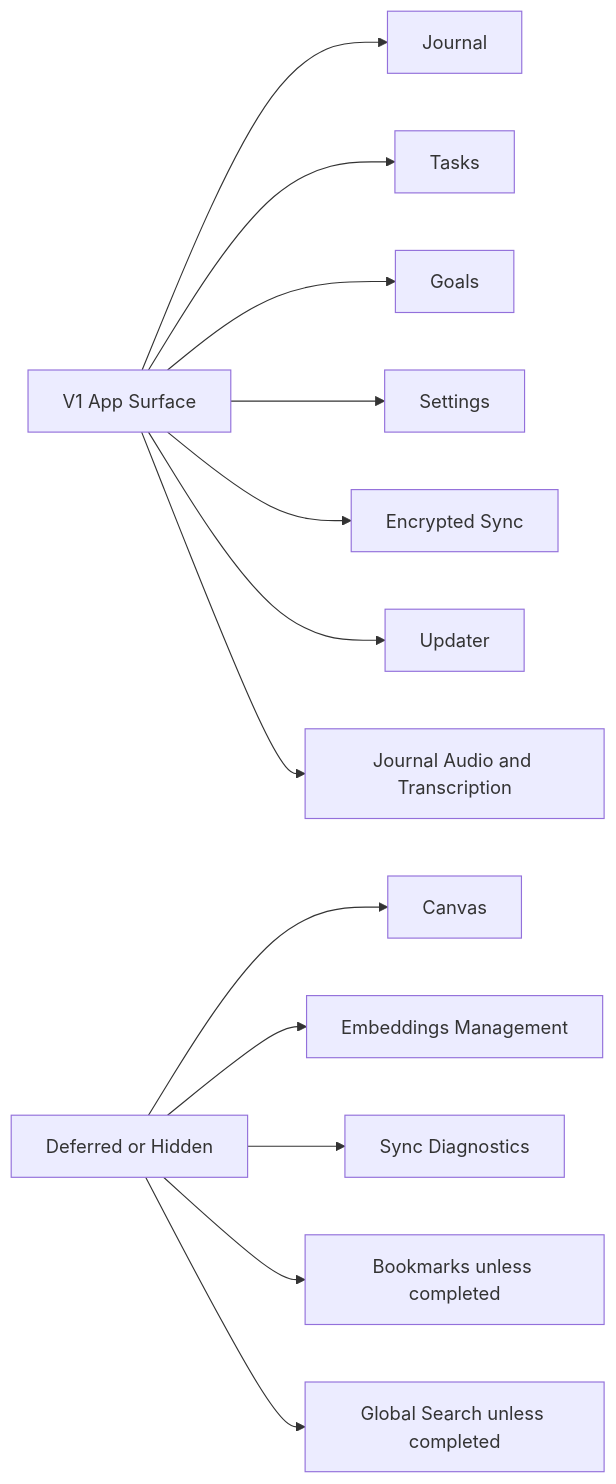
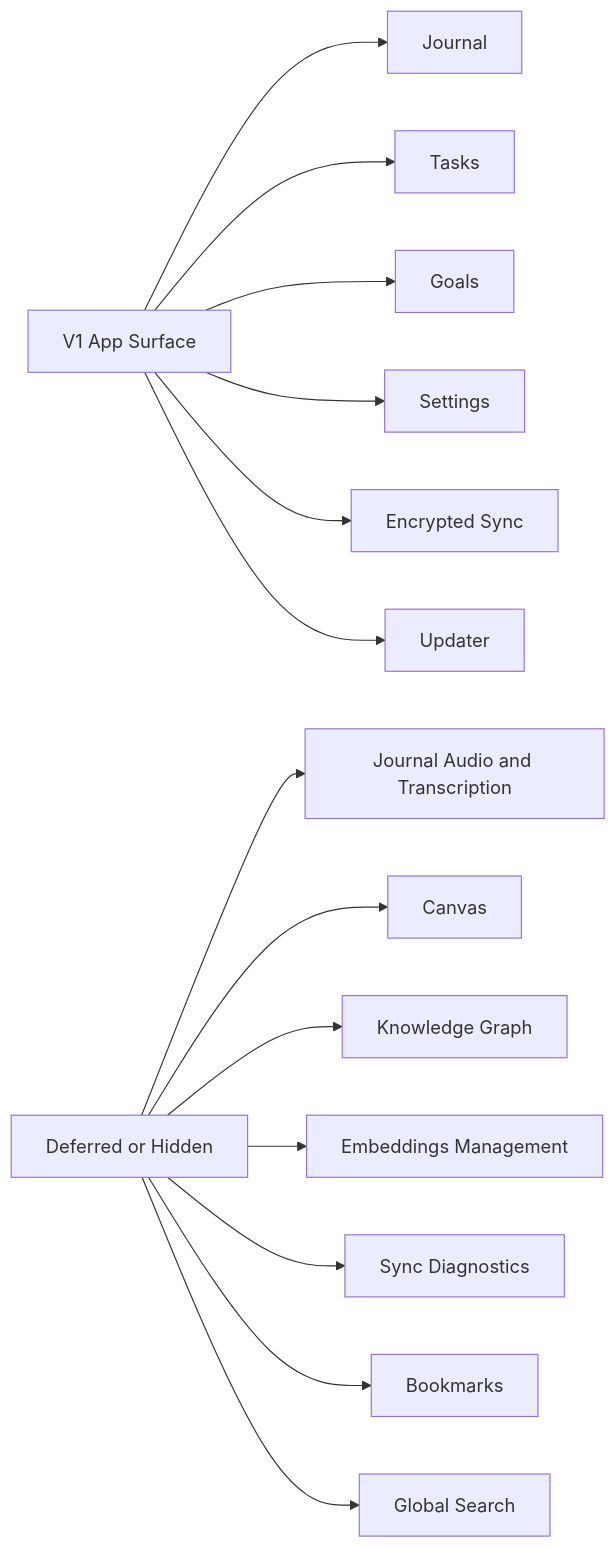
Before and after one commit to sunday-studio/aether: the seventh of 7 diagrams in docs/reference/flows.md, drawn with Mermaid. The commit also changed other lines of this file and 95 other files, not shown here.

````diff
--- a/docs/reference/flows.md
+++ b/docs/reference/flows.md
@@ -132,15 +132,16 @@
 ```mermaid
 flowchart LR
   V1[V1 App Surface] --> Journal[Journal]
   V1 --> Tasks[Tasks]
   V1 --> Goals[Goals]
   V1 --> Settings[Settings]
   V1 --> Sync[Encrypted Sync]
   V1 --> Updater[Updater]
-  V1 --> Audio[Journal Audio and Transcription]
+  Deferred --> Audio[Journal Audio and Transcription]
   Deferred[Deferred or Hidden] --> Canvas[Canvas]
+  Deferred --> Graph[Knowledge Graph]
   Deferred --> Embeddings[Embeddings Management]
   Deferred --> SyncDiagnostics[Sync Diagnostics]
-  Deferred --> BookmarkDecision[Bookmarks unless completed]
-  Deferred --> SearchDecision[Global Search unless completed]
+  Deferred --> Bookmarks[Bookmarks]
+  Deferred --> GlobalSearch[Global Search]
 ```
````
